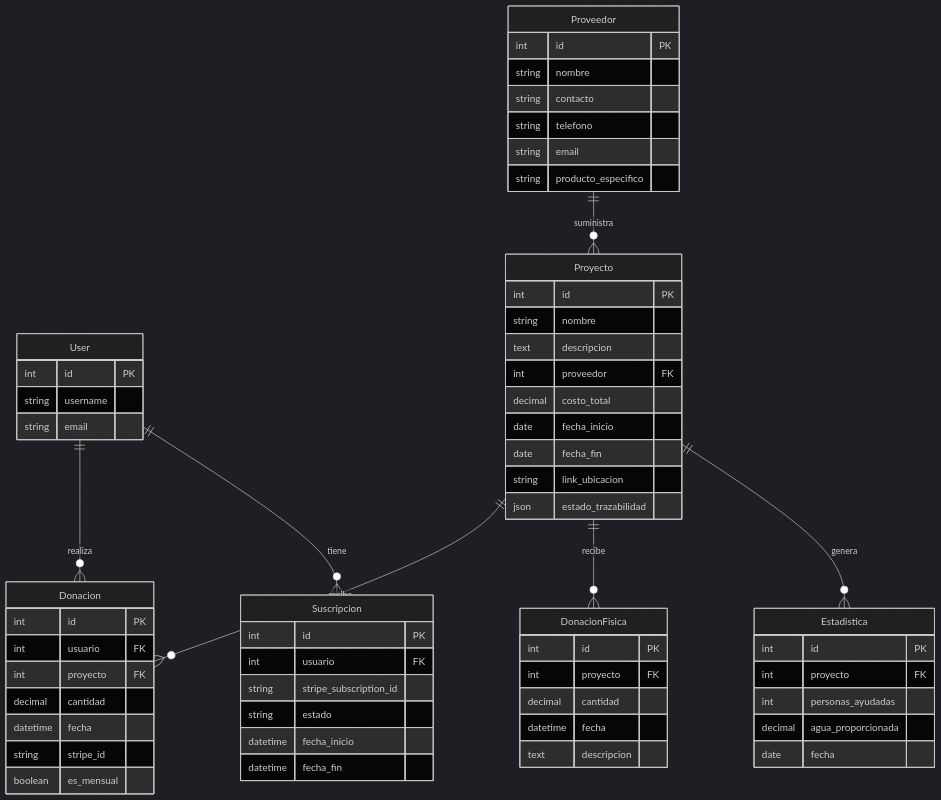
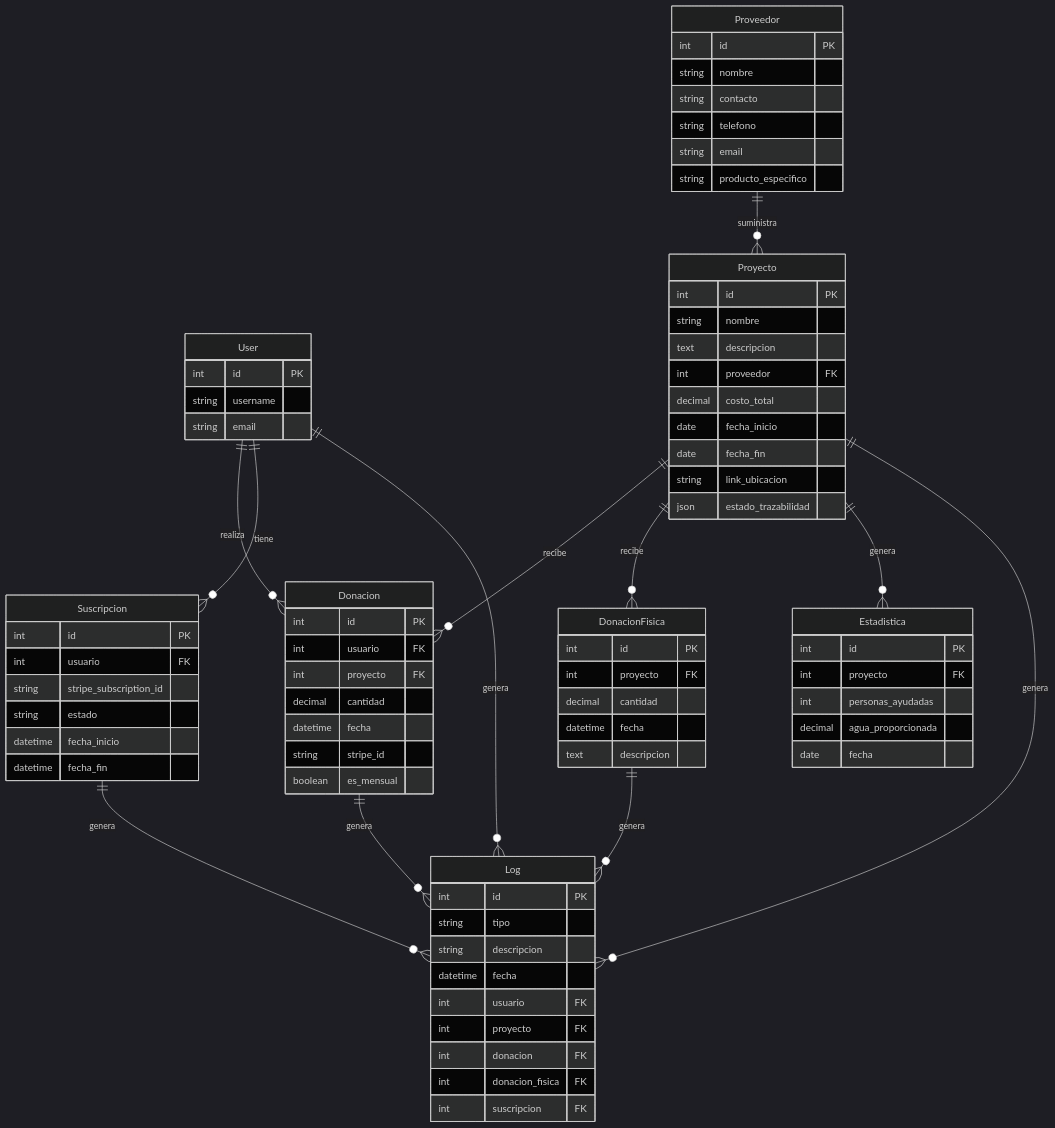
One commit to Emilio-Ramirez/SandersApp changed the diagram in README.md. Above: the diagram before and after it, drawn with Mermaid (dark theme). The commit also changed 24 other files, not shown here.

````diff
--- a/README.md
+++ b/README.md
@@ -19,65 +19,81 @@
 ```mermaid
 erDiagram
     User ||--o{ Donacion : realiza
     User ||--o{ Suscripcion : tiene
     Proveedor ||--o{ Proyecto : suministra
     Proyecto ||--o{ Donacion : recibe
     Proyecto ||--o{ DonacionFisica : recibe
     Proyecto ||--o{ Estadistica : genera
+    User ||--o{ Log : genera
+    Proyecto ||--o{ Log : genera
+    Donacion ||--o{ Log : genera
+    DonacionFisica ||--o{ Log : genera
+    Suscripcion ||--o{ Log : genera
 
     User {
         int id PK
         string username
         string email
     }
     Proveedor {
         int id PK
         string nombre
         string contacto
         string telefono
         string email
         string producto_especifico
     }
     Proyecto {
         int id PK
         string nombre
         text descripcion
         int proveedor FK
         decimal costo_total
         date fecha_inicio
         date fecha_fin
         string link_ubicacion
         json estado_trazabilidad
     }
     Donacion {
         int id PK
         int usuario FK
         int proyecto FK
         decimal cantidad
         datetime fecha
         string stripe_id
         boolean es_mensual
     }
     DonacionFisica {
         int id PK
         int proyecto FK
         decimal cantidad
         datetime fecha
         text descripcion
     }
     Suscripcion {
         int id PK
         int usuario FK
         string stripe_subscription_id
         string estado
         datetime fecha_inicio
         datetime fecha_fin
     }
     Estadistica {
         int id PK
         int proyecto FK
         int personas_ayudadas
         decimal agua_proporcionada
         date fecha
     }
+    Log {
+        int id PK
+        string tipo
+        string descripcion
+        datetime fecha
+        int usuario FK
+        int proyecto FK
+        int donacion FK
+        int donacion_fisica FK
+        int suscripcion FK
+    }
 ```
````
